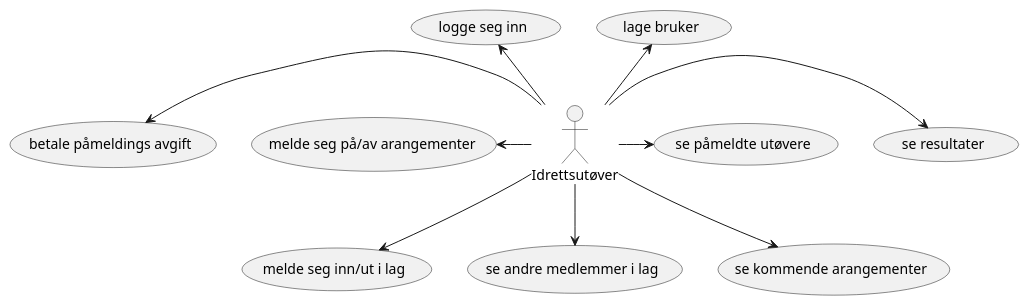
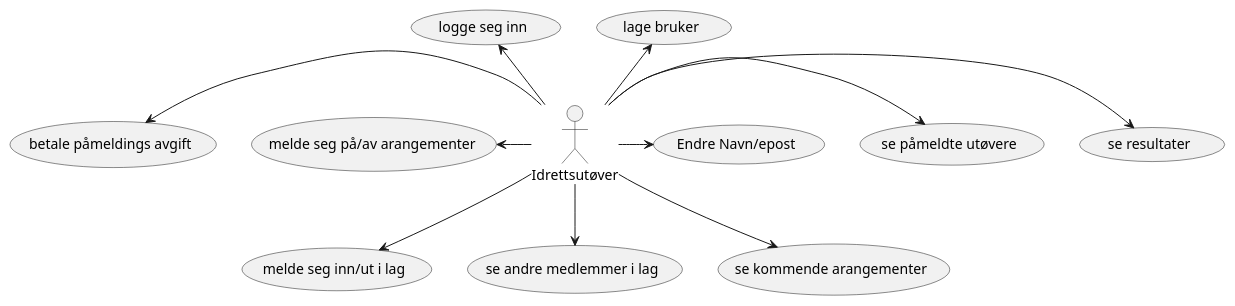
One commit to tobbibias/GruppeOppgaven-H2019-Gruppe-11 changed the diagram in idrettsutover.puml. Above: the diagram before and after it, drawn with PlantUML. The commit also changed 1 other file, not shown here.

```diff
--- a/idrettsutover.puml
+++ b/idrettsutover.puml
@@ -1,15 +1,16 @@
 @startuml
 
 :Idrettsutøver:
 
 Idrettsutøver -up-> (lage bruker)
 Idrettsutøver -up-> (logge seg inn)
 Idrettsutøver --> (melde seg inn/ut i lag)
 Idrettsutøver --> (se andre medlemmer i lag)
 Idrettsutøver --> (se kommende arangementer)
 Idrettsutøver -right-> (se resultater)
 Idrettsutøver -left-> (melde seg på/av arangementer)
 Idrettsutøver -left-> (betale påmeldings avgift)
 Idrettsutøver -right-> (se påmeldte utøvere)
+Idrettsutøver -> (Endre Navn/epost)
 
 @enduml
```
